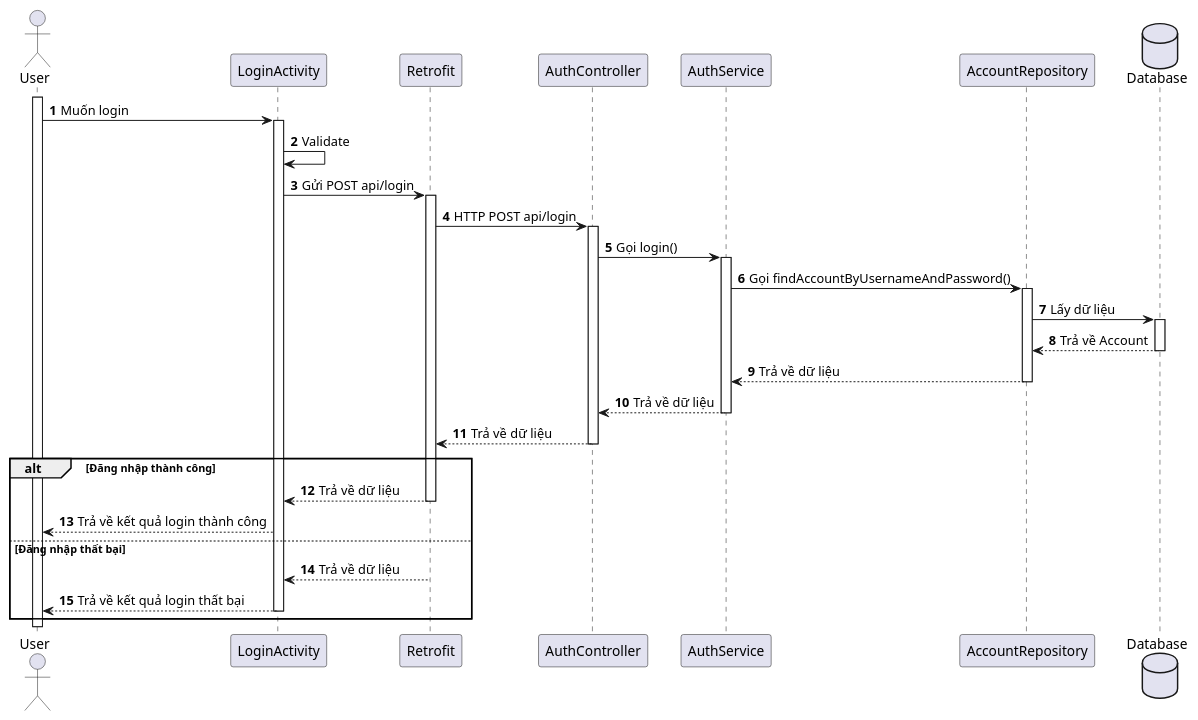
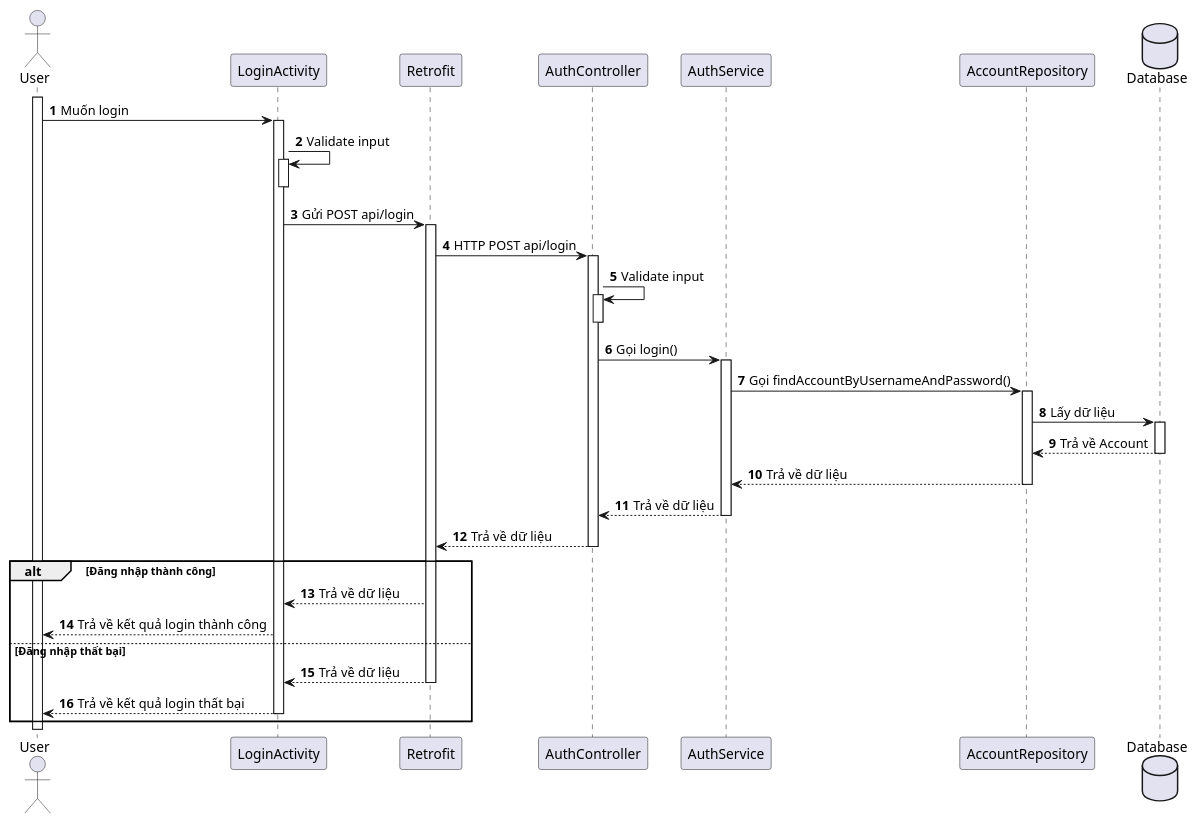
Before and after one commit to Annthe160639/japanese-app: the diagram in japanese-app/plant_uml/[Sequence] Login.puml, drawn with PlantUML.

Commit message:
feat: update login sequence diagram

```diff
--- a/japanese-app/plant_uml/[Sequence] Login.puml
+++ b/japanese-app/plant_uml/[Sequence] Login.puml
@@ -1,43 +1,52 @@
 @startuml
 'https://plantuml.com/sequence-diagram
 
 'use case: đăng nhập
 
 actor User
 
 participant LoginActivity as Login
 participant Retrofit
 participant AuthController
 participant AuthService
 participant AccountRepository
 
 database Database
 
 activate User
 
 autonumber
-User -> Login++: Muốn login
-Login -> Login: Validate
+User -> Login: Muốn login
+activate Login
+Login -> Login: Validate input
+activate Login
+deactivate Login
+
 Login -> Retrofit: Gửi POST api/login
 activate Retrofit
 Retrofit -> AuthController++: HTTP POST api/login
+
+AuthController -> AuthController: Validate input
+activate AuthController
+deactivate AuthController
 AuthController -> AuthService++: Gọi login()
 AuthService -> AccountRepository++: Gọi findAccountByUsernameAndPassword()
 AccountRepository -> Database++: Lấy dữ liệu
 
 Database --> AccountRepository--: Trả về Account
 AccountRepository --> AuthService--: Trả về dữ liệu
 AuthService --> AuthController--: Trả về dữ liệu
 AuthController --> Retrofit--: Trả về dữ liệu
 
 
 alt Đăng nhập thành công
-    Retrofit --> Login--: Trả về dữ liệu
+    Retrofit --> Login: Trả về dữ liệu
     Login --> User: Trả về kết quả login thành công
+
+else Đăng nhập thất bại
+    Retrofit --> Login: Trả về dữ liệu
     deactivate Retrofit
-else Đăng nhập thất bại
-    Retrofit --> Login--: Trả về dữ liệu
-    Login --> User--: Trả về kết quả login thất bại
-    deactivate Retrofit
-end
+    Login --> User: Trả về kết quả login thất bại
+    deactivate Login
+    end
 @enduml
```
